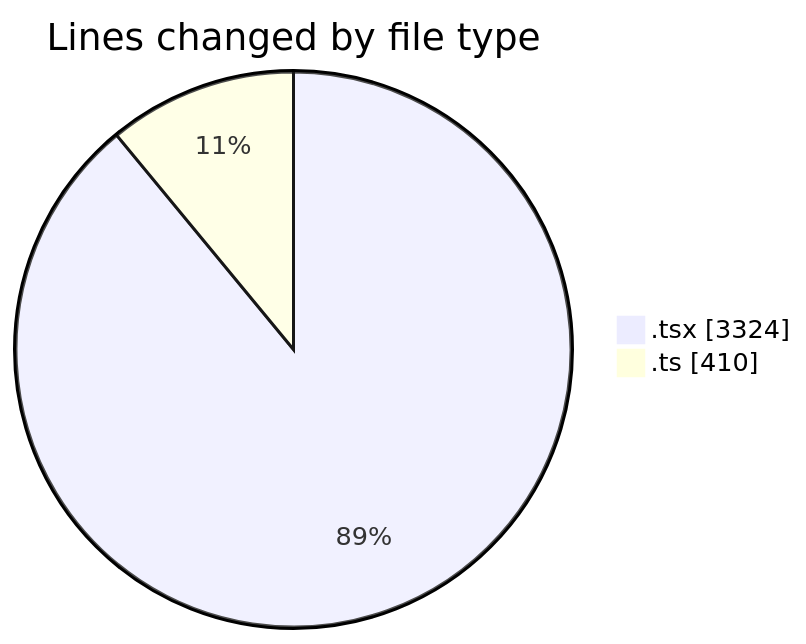
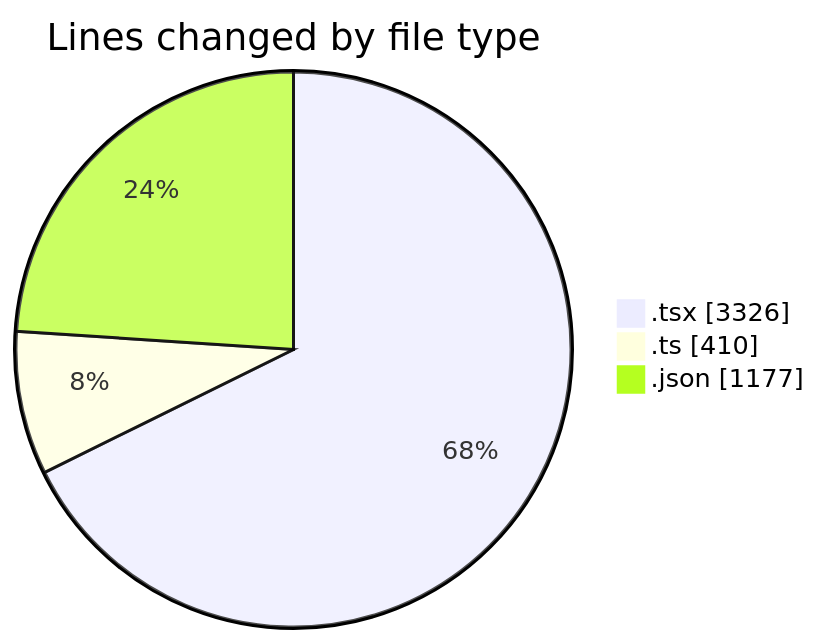
The first of 2 diagrams in 2025-03-07/mbc-web/README.md (robertbonfada/code-tracking), drawn with Mermaid before and after one commit. The commit also changed other lines of this file and 1 other file, not shown here.

````diff
--- a/2025-03-07/mbc-web/README.md
+++ b/2025-03-07/mbc-web/README.md
@@ -31,6 +33,7 @@
 ```mermaid
 pie showData
 title Lines changed by file type
-".tsx" : 3324
+".tsx" : 3326
 ".ts" : 410
+".json" : 1177
 ```
````
